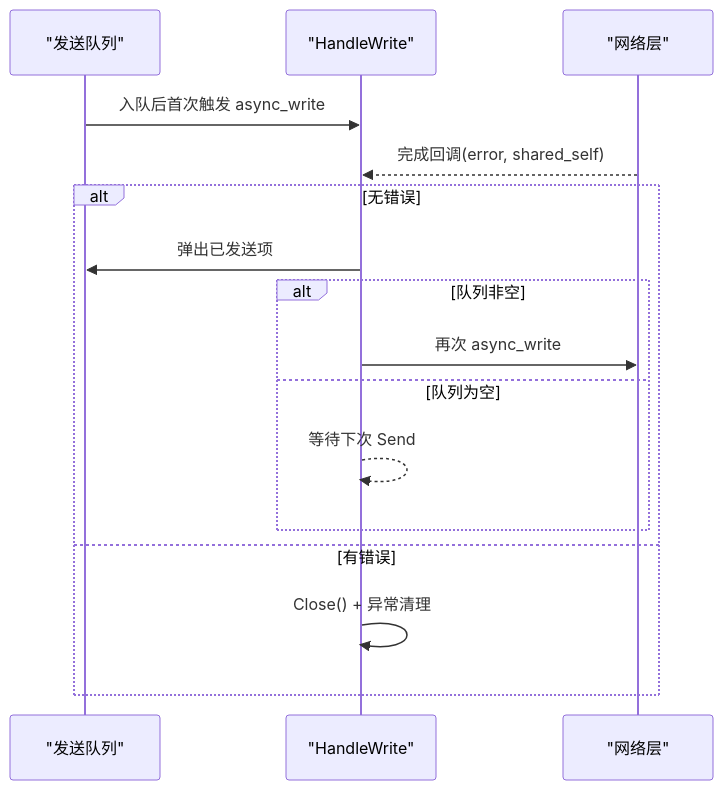
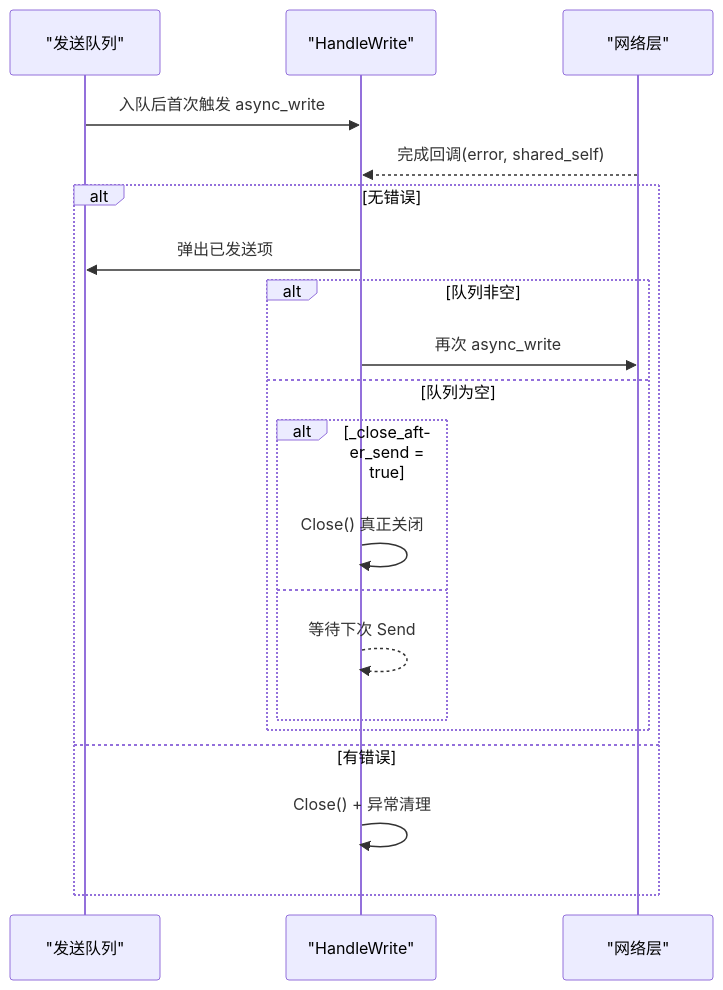
Before and after one commit to echo9923/mychatter: the seventh of 11 diagrams in .qoder/repowiki/zh/content/服务端开发/ChatServer聊天核心服务/会话管理/并发控制与同步.md, drawn with Mermaid. The commit also changed other lines of this file and 54 other files, not shown here.

````diff
--- a/.qoder/repowiki/zh/content/服务端开发/ChatServer聊天核心服务/会话管理/并发控制与同步.md
+++ b/.qoder/repowiki/zh/content/服务端开发/ChatServer聊天核心服务/会话管理/并发控制与同步.md
@@ -161,18 +271,22 @@
 ```mermaid
 sequenceDiagram
 participant Q as "发送队列"
 participant W as "HandleWrite"
 participant Net as "网络层"
 Q->>W : 入队后首次触发 async_write
 Net-->>W : 完成回调(error, shared_self)
 alt 无错误
 W->>Q : 弹出已发送项
 alt 队列非空
 W->>Net : 再次 async_write
 else 队列为空
+alt _close_after_send = true
+W->>W : Close() 真正关闭
+else
 W-->>W : 等待下次 Send
+end
 end
 else 有错误
 W->>W : Close() + 异常清理
 end
 ```
````
